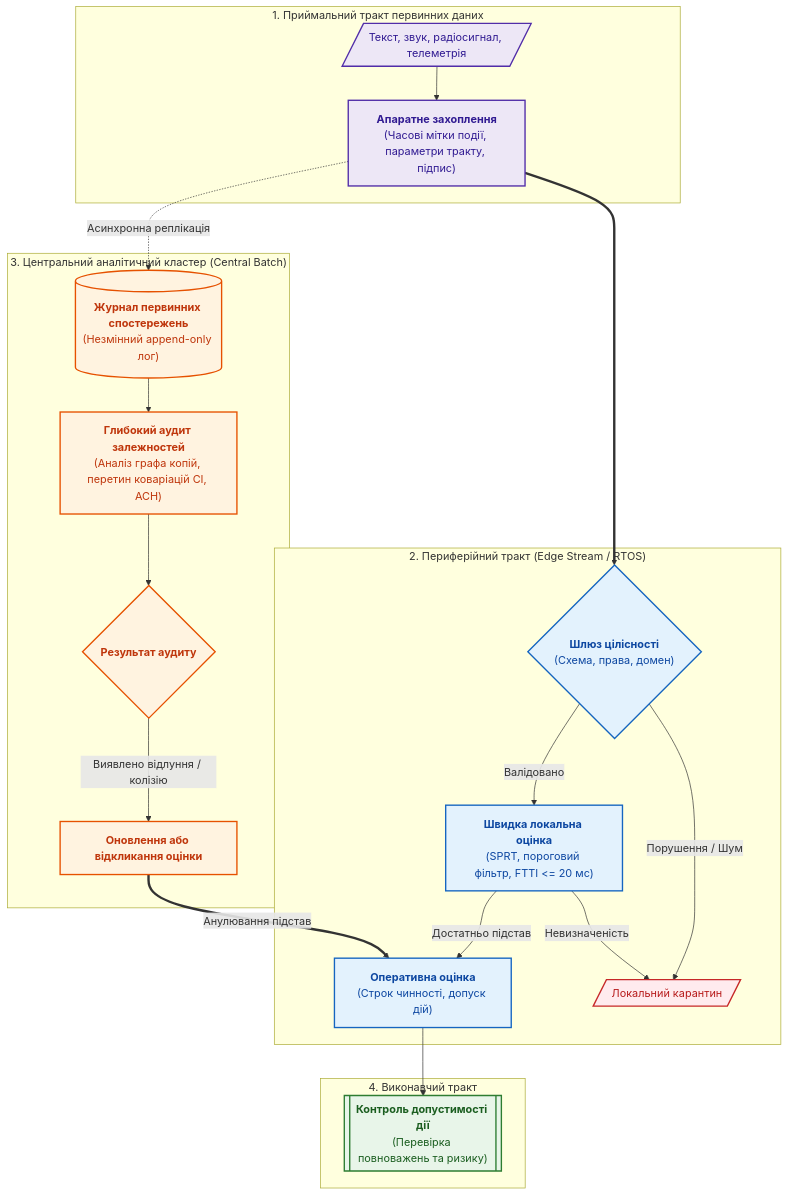
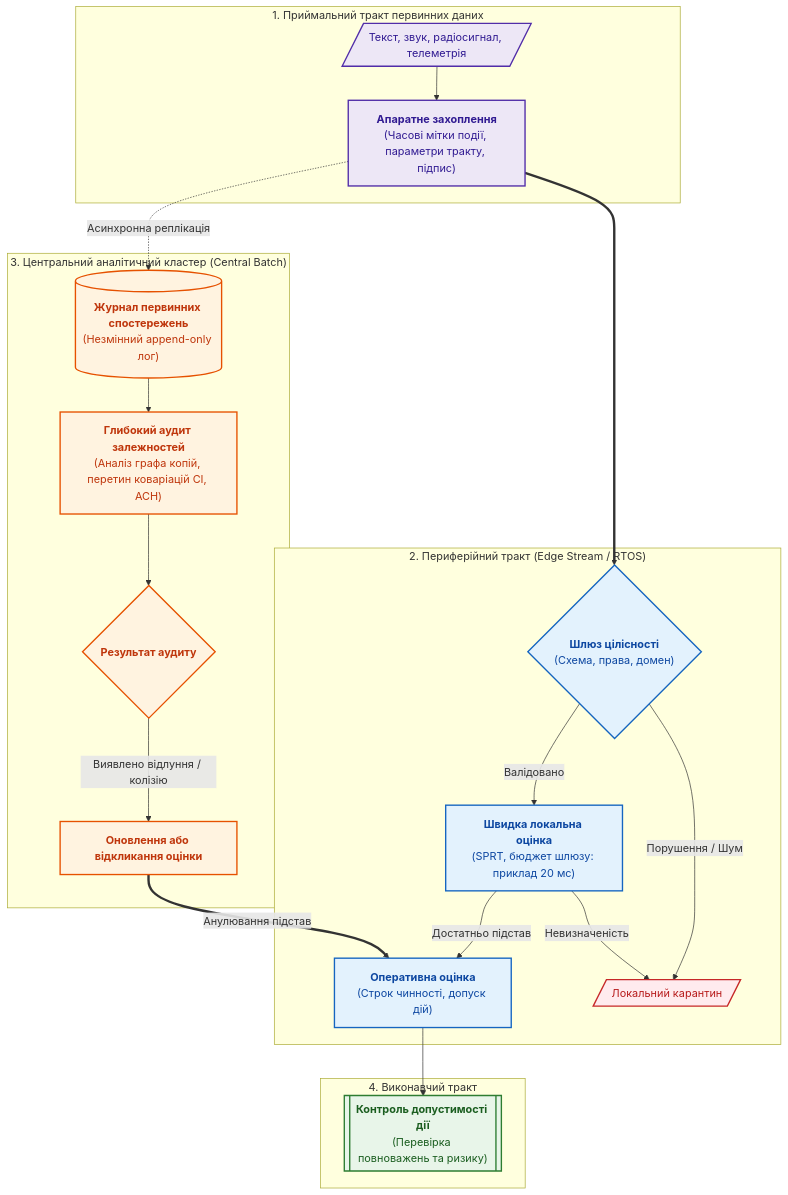
The fifth of 6 diagrams in ExpertSystem/ch37-input-information-assessment-and-algorithmic-skepticism.md (nick-fedchik/articles), drawn with Mermaid before and after one commit. The commit also changed other lines of this file and 7 other files, not shown here.

````diff
--- a/ExpertSystem/ch37-input-information-assessment-and-algorithmic-skepticism.md
+++ b/ExpertSystem/ch37-input-information-assessment-and-algorithmic-skepticism.md
@@ -638,56 +799,56 @@
 ```mermaid
 flowchart TD
     accTitle: Гібридна архітектура обробки: потоковий периферійний та центральний пакетний аналіз
     accDescr: Дворівневий конвеєр оцінювання первинних спостережень із розділенням локальної диспетчеризації та ретроспективного аудиту залежностей.
 
     subgraph Ingress["1. Приймальний тракт первинних даних"]
         Raw[/"Текст, звук, радіосигнал, телеметрія"/]
         Cap["<b>Апаратне захоплення</b><br/>(Часові мітки події, параметри тракту, підпис)"]
     end
 
     subgraph FastPath["2. Периферійний тракт (Edge Stream / RTOS)"]
         Gate{"<b>Шлюз цілісності</b><br/>(Схема, права, домен)"}
-        FastEval["<b>Швидка локальна оцінка</b><br/>(SPRT, пороговий фільтр, FTTI <= 20 мс)"]
+        FastEval["<b>Швидка локальна оцінка</b><br/>(SPRT, бюджет шлюзу: приклад 20 мс)"]
         EdgeState["<b>Оперативна оцінка</b><br/>(Строк чинності, допуск дій)"]
         EdgeQuarantine[/"Локальний карантин"/]
     end
 
     subgraph DeepPath["3. Центральний аналітичний кластер (Central Batch)"]
         RawLog[("<b>Журнал первинних спостережень</b><br/>(Незмінний append-only лог)")]
         BatchEval["<b>Глибокий аудит залежностей</b><br/>(Аналіз графа копій, перетин коваріацій CI, ACH)"]
         Revision{"<b>Результат аудиту</b>"}
         ReviseState["<b>Оновлення або відкликання оцінки</b>"]
     end
 
     subgraph Execution["4. Виконавчий тракт"]
         ActionEngine[["<b>Контроль допустимості дії</b><br/>(Перевірка повноважень та ризику)"]]
     end
 
     Raw --> Cap
     Cap ==> Gate
     Cap -.->|"Асинхронна реплікація"| RawLog
 
     Gate -->|"Валідовано"| FastEval
     Gate -->|"Порушення / Шум"| EdgeQuarantine
     
     FastEval -->|"Достатньо підстав"| EdgeState
     FastEval -->|"Невизначеність"| EdgeQuarantine
 
     RawLog --> BatchEval --> Revision
     Revision -->|"Виявлено відлуння / колізію"| ReviseState
     ReviseState ==>|"Анулювання підстав"| EdgeState
 
     EdgeState --> ActionEngine
 
     classDef inStyle fill:#ede7f6,stroke:#512da8,stroke-width:2px,color:#311b92;
     classDef edgeStyle fill:#e3f2fd,stroke:#1565c0,stroke-width:2px,color:#0d47a1;
     classDef deepStyle fill:#fff3e0,stroke:#e65100,stroke-width:2px,color:#bf360c;
     classDef execStyle fill:#e8f5e9,stroke:#2e7d32,stroke-width:2px,color:#1b5e20;
     classDef warnStyle fill:#ffebee,stroke:#c62828,stroke-width:2px,color:#b71c1c;
 
     class Raw,Cap inStyle;
     class Gate,FastEval,EdgeState edgeStyle;
     class RawLog,BatchEval,Revision,ReviseState deepStyle;
     class ActionEngine execStyle;
     class EdgeQuarantine warnStyle;
 ```
````
